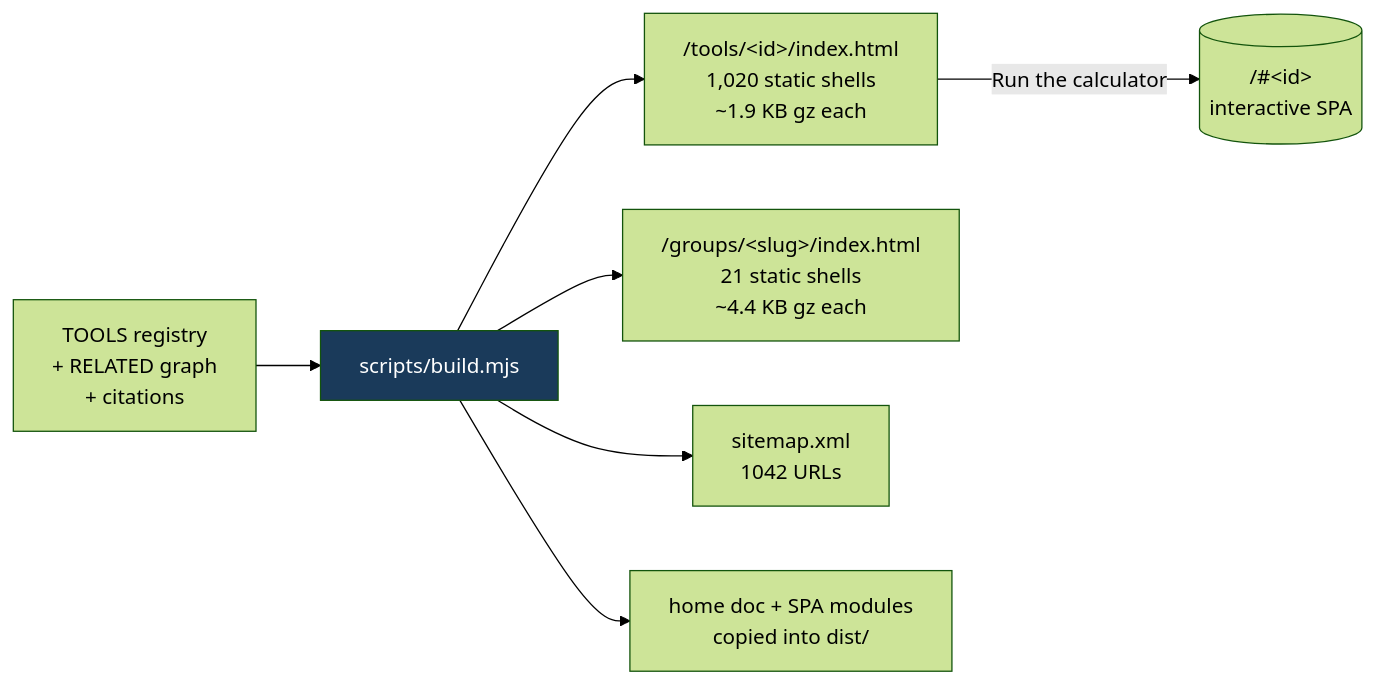
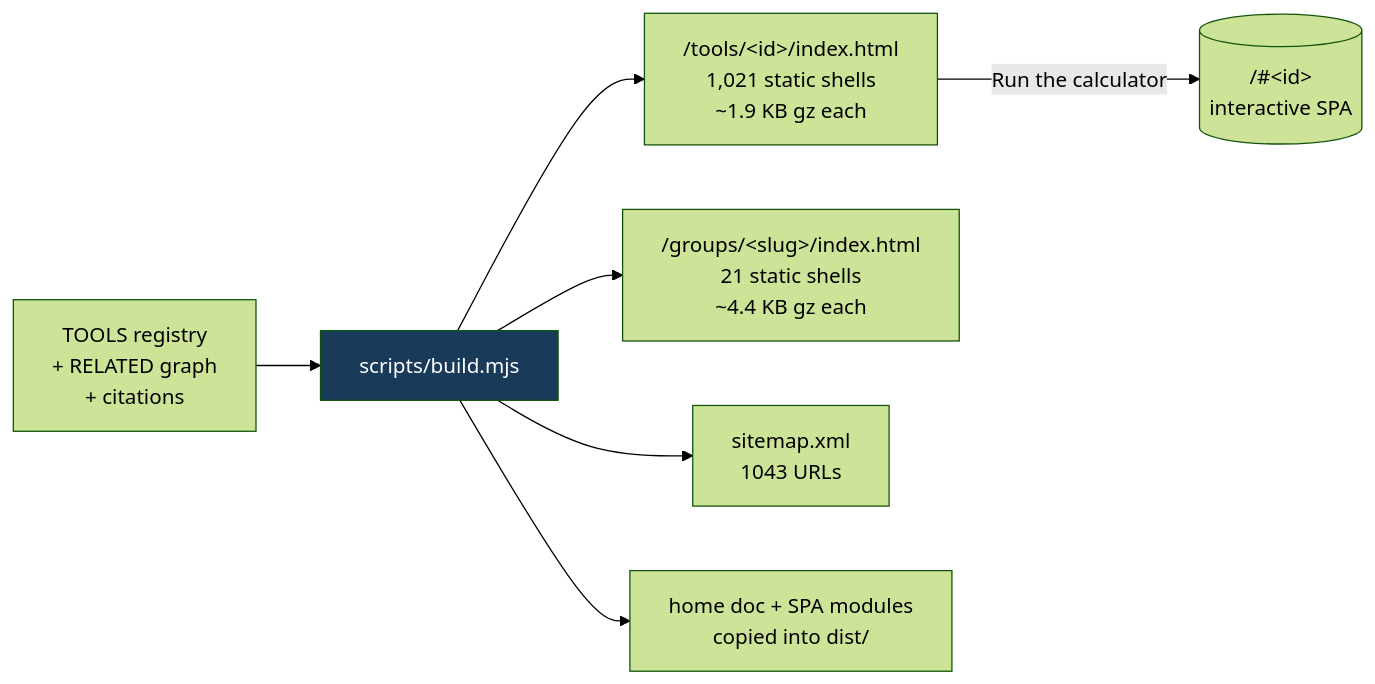
The fifth of 8 diagrams in README.md (clay-good/roughlogic.com), drawn with Mermaid (forest theme) before and after one commit. The commit also changed other lines of this file and 13 other files, not shown here.

````diff
--- a/README.md
+++ b/README.md
@@ -495,10 +495,10 @@
 ```mermaid
 flowchart LR
     SRC[TOOLS registry\n+ RELATED graph\n+ citations] --> BUILD[scripts/build.mjs]
-    BUILD --> TILE["/tools/&lt;id&gt;/index.html\n1,020 static shells\n~1.9 KB gz each"]
+    BUILD --> TILE["/tools/&lt;id&gt;/index.html\n1,021 static shells\n~1.9 KB gz each"]
     BUILD --> GROUP["/groups/&lt;slug&gt;/index.html\n21 static shells\n~4.4 KB gz each"]
-    BUILD --> MAP["sitemap.xml\n1042 URLs"]
+    BUILD --> MAP["sitemap.xml\n1043 URLs"]
     BUILD --> COPY[home doc + SPA modules\ncopied into dist/]
     TILE -->|Run the calculator| SPA[("/#&lt;id&gt;\ninteractive SPA")]
     style BUILD fill:#1a3a5a,color:#fff
 ```
````
